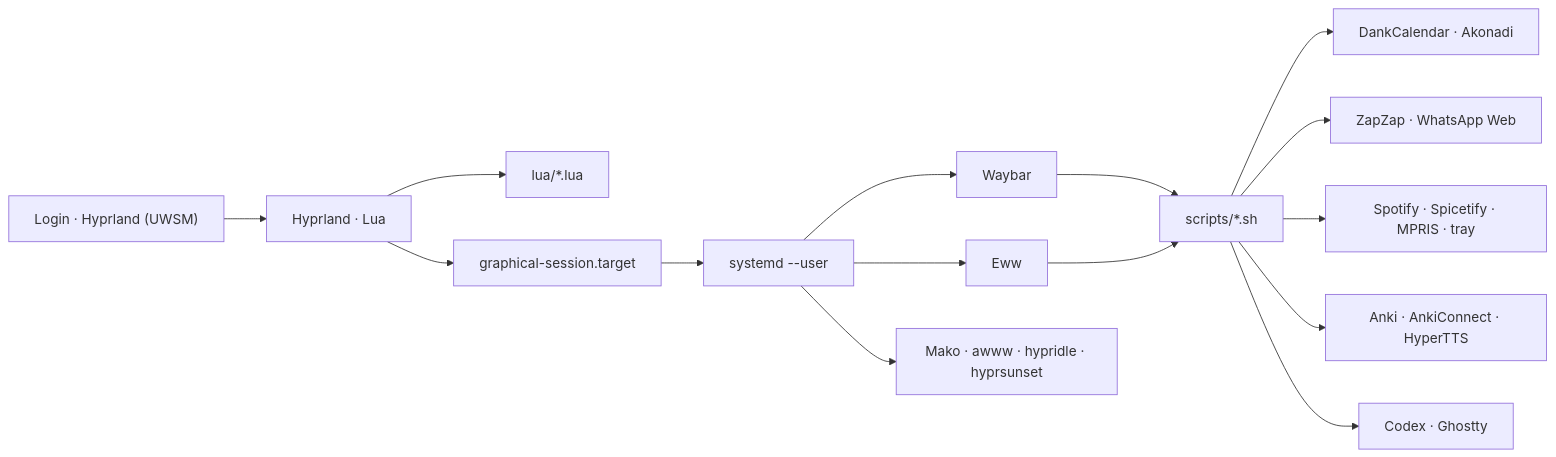
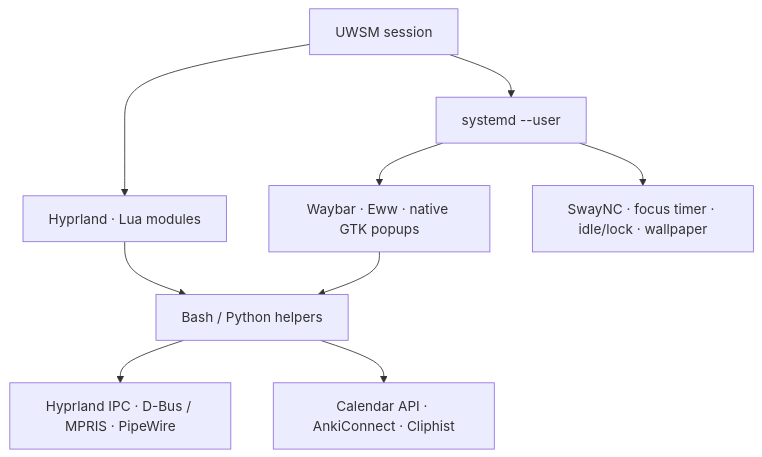
Before and after one commit to thbertoldi/hypr-configs: the diagram in README.md, drawn with Mermaid. The commit also changed other lines of this file and 90 other files, not shown here.

````diff
--- a/README.md
+++ b/README.md
@@ -52,17 +39,11 @@
 ```mermaid
-flowchart LR
-    Login["Login · Hyprland (UWSM)"] --> Hypr["Hyprland · Lua"]
-    Hypr --> Config["lua/*.lua"]
-    Hypr --> Session["graphical-session.target"]
-    Session --> Services["systemd --user"]
-    Services --> Bar["Waybar"]
-    Services --> Dash["Eww"]
-    Services --> Desktop["Mako · awww · hypridle · hyprsunset"]
-    Bar --> Scripts["scripts/*.sh"]
-    Dash --> Scripts
-    Scripts --> Calendar["DankCalendar · Akonadi"]
-    Scripts --> Messages["ZapZap · WhatsApp Web"]
-    Scripts --> Music["Spotify · Spicetify · MPRIS · tray"]
-    Scripts --> Study["Anki · AnkiConnect · HyperTTS"]
-    Scripts --> Agents["Codex · Ghostty"]
+flowchart TD
+    UWSM["UWSM session"] --> Hyprland["Hyprland · Lua modules"]
+    UWSM --> Systemd["systemd --user"]
+    Systemd --> Surfaces["Waybar · Eww · native GTK popups"]
+    Systemd --> Services["SwayNC · focus timer · idle/lock · wallpaper"]
+    Hyprland --> Helpers["Bash / Python helpers"]
+    Surfaces --> Helpers
+    Helpers --> APIs["Hyprland IPC · D-Bus / MPRIS · PipeWire"]
+    Helpers --> Apps["Calendar API · AnkiConnect · Cliphist"]
 ```
````
